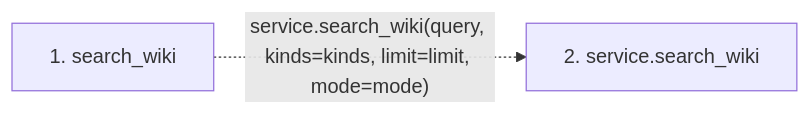
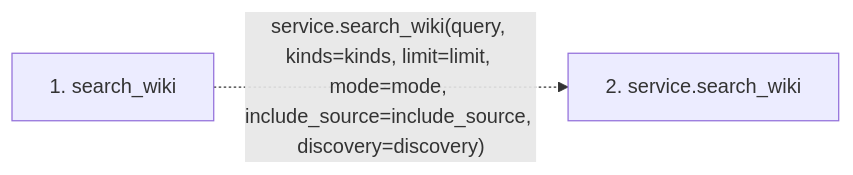
Before and after one commit to Denissvgn/python-wiki-llm: the second of 2 diagrams in docs/llm_wiki/flows/mcp-search_wiki.md, drawn with Mermaid. The commit also changed other lines of this file and 450 other files, not shown here.

Commit message:
Refresh maintained wiki from qualified source and workflow guidance

````diff
--- a/docs/llm_wiki/flows/mcp-search_wiki.md
+++ b/docs/llm_wiki/flows/mcp-search_wiki.md
@@ -27,7 +27,7 @@
 ```mermaid
 flowchart LR
     s1["1. search_wiki"]
     s2["2. service.search_wiki"]
-    s1 -. "service.search_wiki(query, kinds=kinds, limit=limit, mode=mode)" .-> s2
+    s1 -. "service.search_wiki(query, kinds=kinds, limit=limit, mode=mode, include_source=include_source, discovery=discovery)" .-> s2
     click s1 "../modules/mcp_server.md"
 ```
````
